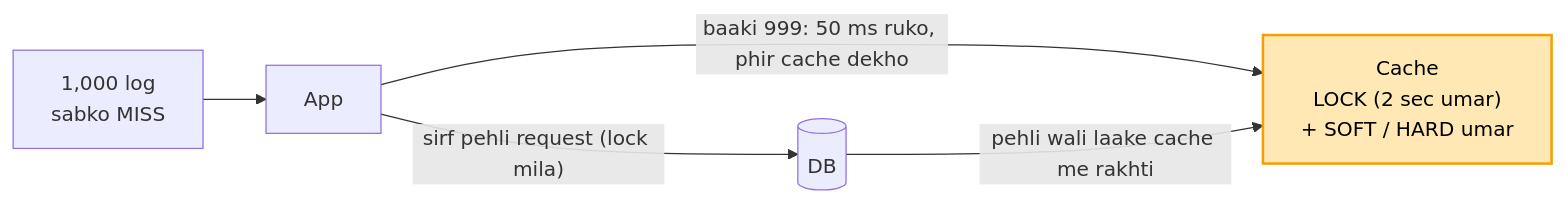
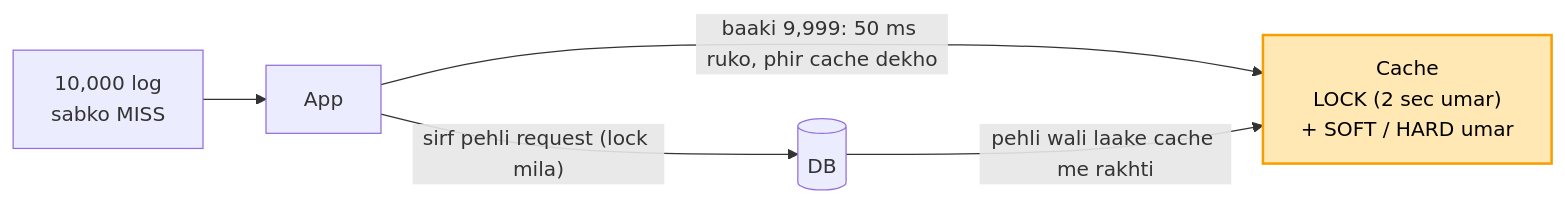
The seventh of 8 diagrams in 04_HLD/SYSTEM_DESIGNS/10_distributed_cache/10_distributed_cache.md (ArpanMaheshwari144/Prep), drawn with Mermaid before and after one commit. The commit also changed other lines of this file and 19 other files, not shown here.

````diff
--- a/04_HLD/SYSTEM_DESIGNS/10_distributed_cache/10_distributed_cache.md
+++ b/04_HLD/SYSTEM_DESIGNS/10_distributed_cache/10_distributed_cache.md
@@ -313,8 +322,8 @@
 ```mermaid
 flowchart LR
-    U["1,000 log<br/>sabko MISS"] --> A["App"]
+    U["10,000 log<br/>sabko MISS"] --> A["App"]
     A -->|"sirf pehli request (lock mila)"| D[("DB")]
-    A -->|"baaki 999: 50 ms ruko, phir cache dekho"| C["Cache<br/>LOCK (2 sec umar)<br/>+ SOFT / HARD umar"]
+    A -->|"baaki 9,999: 50 ms ruko, phir cache dekho"| C["Cache<br/>LOCK (2 sec umar)<br/>+ SOFT / HARD umar"]
     D -->|"pehli wali laake cache me rakhti"| C
     style C fill:#ffe8b3,stroke:#f59f00,stroke-width:2px,color:#000
 ```
````
